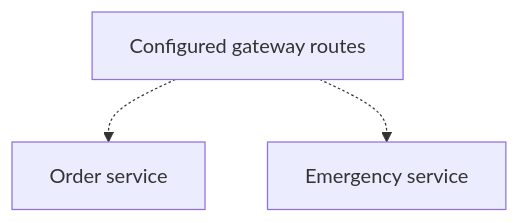
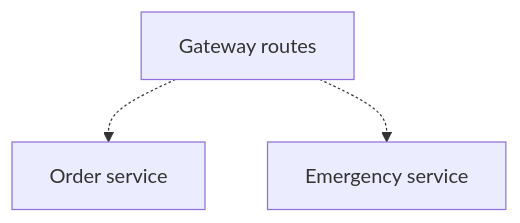
The third of 3 diagrams in README.md (srivilliamsai/srivilliamsai), drawn with Mermaid before and after one commit. The commit also changed other lines of this file, not shown here.

````diff
--- a/README.md
+++ b/README.md
@@ -161,6 +145,6 @@
 ```mermaid
 flowchart TD
-    Routes["Configured gateway routes"]
+    Routes["Gateway routes"]
     Routes -.-> Orders["Order service"]
     Routes -.-> Emergency["Emergency service"]
 ```
````
